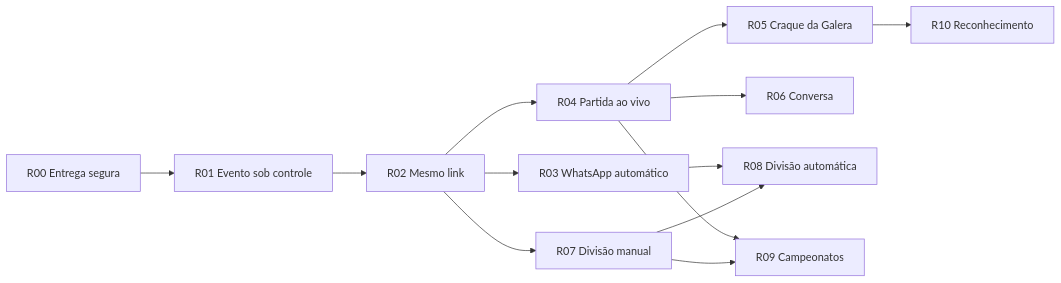
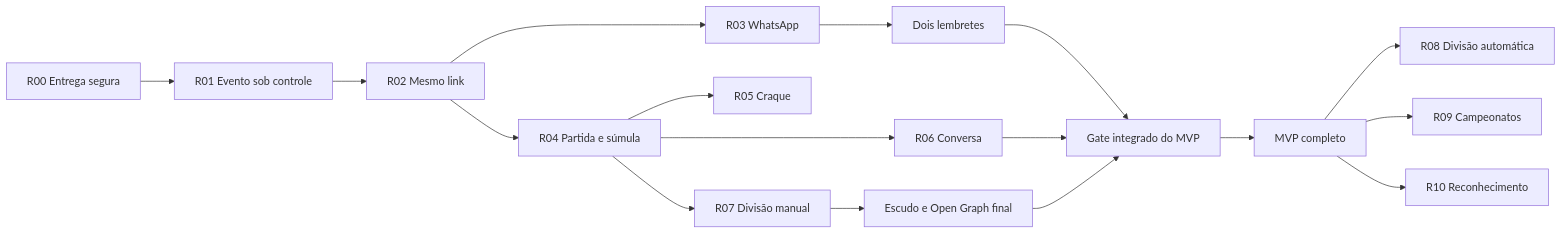
One commit to givaldos/deutime changed the diagram in docs/roadmap.md. Above: the diagram before and after it, drawn with Mermaid. The commit also changed other lines of this file, not shown here.

Commit message:
Atualizacao de roadmap

````diff
--- a/docs/roadmap.md
+++ b/docs/roadmap.md
@@ -105,15 +130,19 @@
 ```mermaid
 flowchart LR
     R00["R00 Entrega segura"] --> R01["R01 Evento sob controle"]
     R01 --> R02["R02 Mesmo link"]
-    R02 --> R03["R03 WhatsApp automático"]
-    R02 --> R04["R04 Partida ao vivo"]
-    R02 --> R07["R07 Divisão manual"]
-    R04 --> R05["R05 Craque da Galera"]
+    R02 --> R03["R03 WhatsApp"]
+    R02 --> R04["R04 Partida e súmula"]
+    R04 --> R05["R05 Craque"]
     R04 --> R06["R06 Conversa"]
-    R03 --> R08["R08 Divisão automática"]
-    R07 --> R08
-    R04 --> R09["R09 Campeonatos"]
-    R07 --> R09
-    R05 --> R10["R10 Reconhecimento"]
+    R03 --> REM["Dois lembretes"]
+    R04 --> R07["R07 Divisão manual"]
+    R06 --> GATE["Gate integrado do MVP"]
+    REM --> GATE
+    R07 --> OG["Escudo e Open Graph final"]
+    OG --> GATE
+    GATE --> MVP["MVP completo"]
+    MVP --> R08["R08 Divisão automática"]
+    MVP --> R09["R09 Campeonatos"]
+    MVP --> R10["R10 Reconhecimento"]
 ```
````
